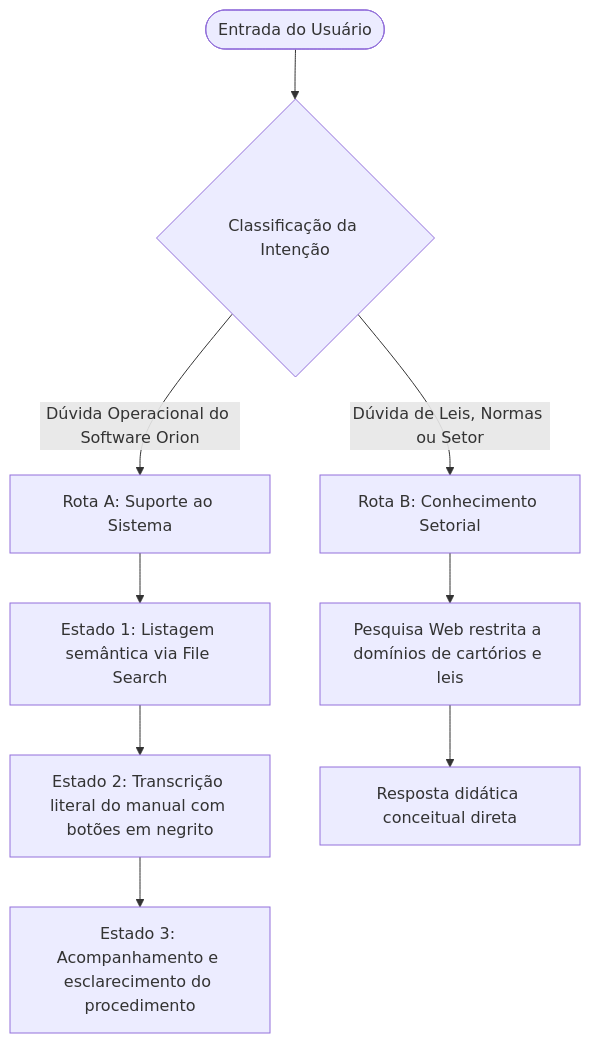
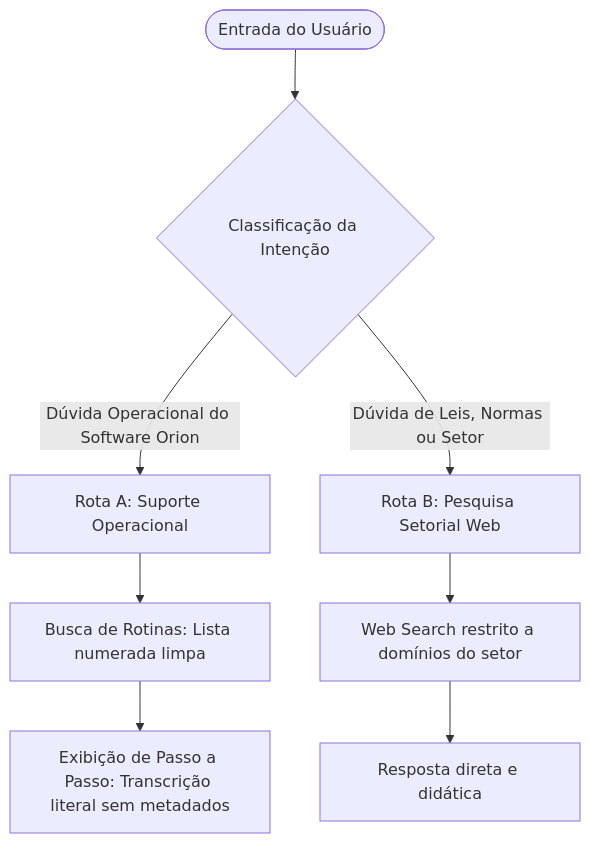
The diagram in 3-Recursos/Produtos Siplan/analise_estrategica_prompts.md (marcusvpo/siplan-implantacao-secondbrain), drawn with Mermaid before and after one commit. The commit also changed other lines of this file and 21 other files, not shown here.

````diff
--- a/3-Recursos/Produtos Siplan/analise_estrategica_prompts.md
+++ b/3-Recursos/Produtos Siplan/analise_estrategica_prompts.md
@@ -28,14 +28,13 @@
 ```mermaid
 graph TD
     User([Entrada do Usuário]) --> C{Classificação da Intenção}
     
-    C -->|Dúvida Operacional do Software Orion| RotaA[Rota A: Suporte ao Sistema]
-    C -->|Dúvida de Leis, Normas ou Setor| RotaB[Rota B: Conhecimento Setorial]
+    C -->|Dúvida Operacional do Software Orion| RotaA[Rota A: Suporte Operacional]
+    C -->|Dúvida de Leis, Normas ou Setor| RotaB[Rota B: Pesquisa Setorial Web]
     
-    RotaA --> S1[Estado 1: Listagem semântica via File Search]
-    S1 --> S2[Estado 2: Transcrição literal do manual com botões em negrito]
-    S2 --> S3[Estado 3: Acompanhamento e esclarecimento do procedimento]
+    RotaA --> R1[Busca de Rotinas: Lista numerada limpa]
+    R1 --> R2[Exibição de Passo a Passo: Transcrição literal sem metadados]
     
-    RotaB --> WS[Pesquisa Web restrita a domínios de cartórios e leis]
-    WS --> Direct[Resposta didática conceitual direta]
+    RotaB --> WS[Web Search restrito a domínios do setor]
+    WS --> Direct[Resposta direta e didática]
 ```
````
